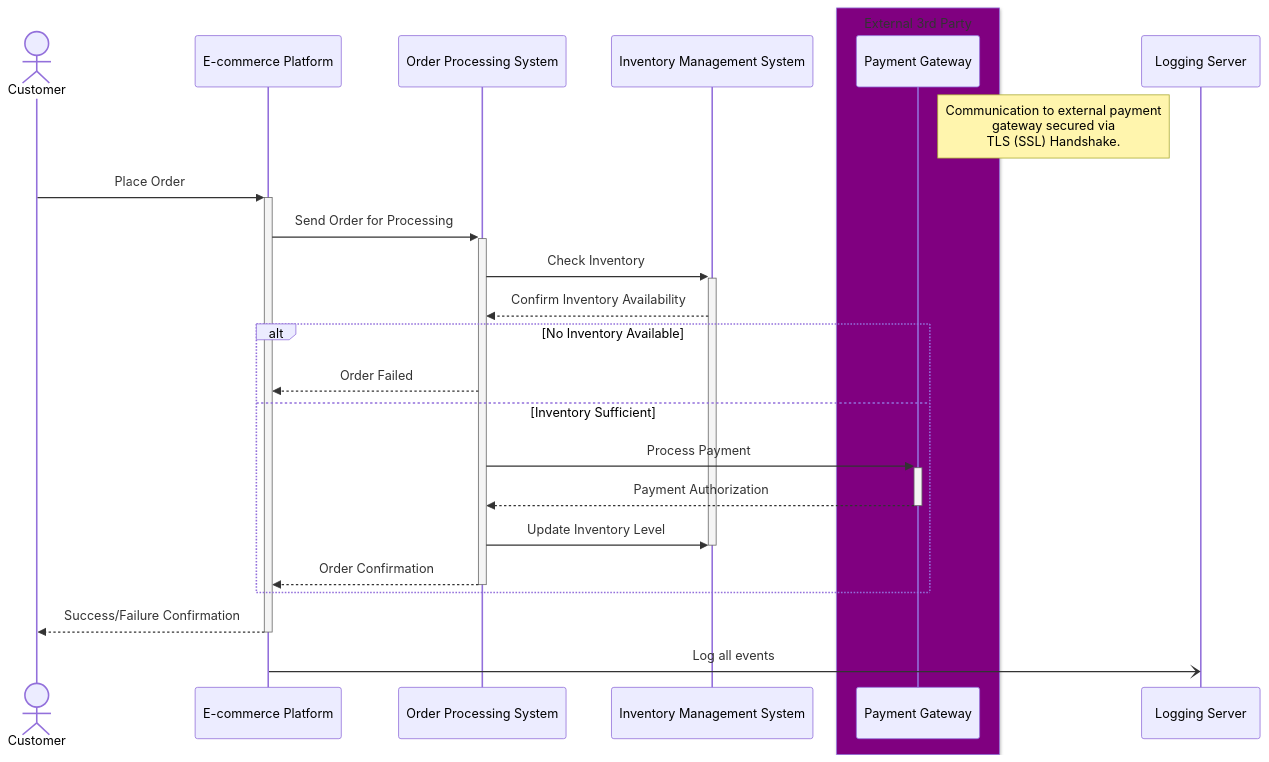
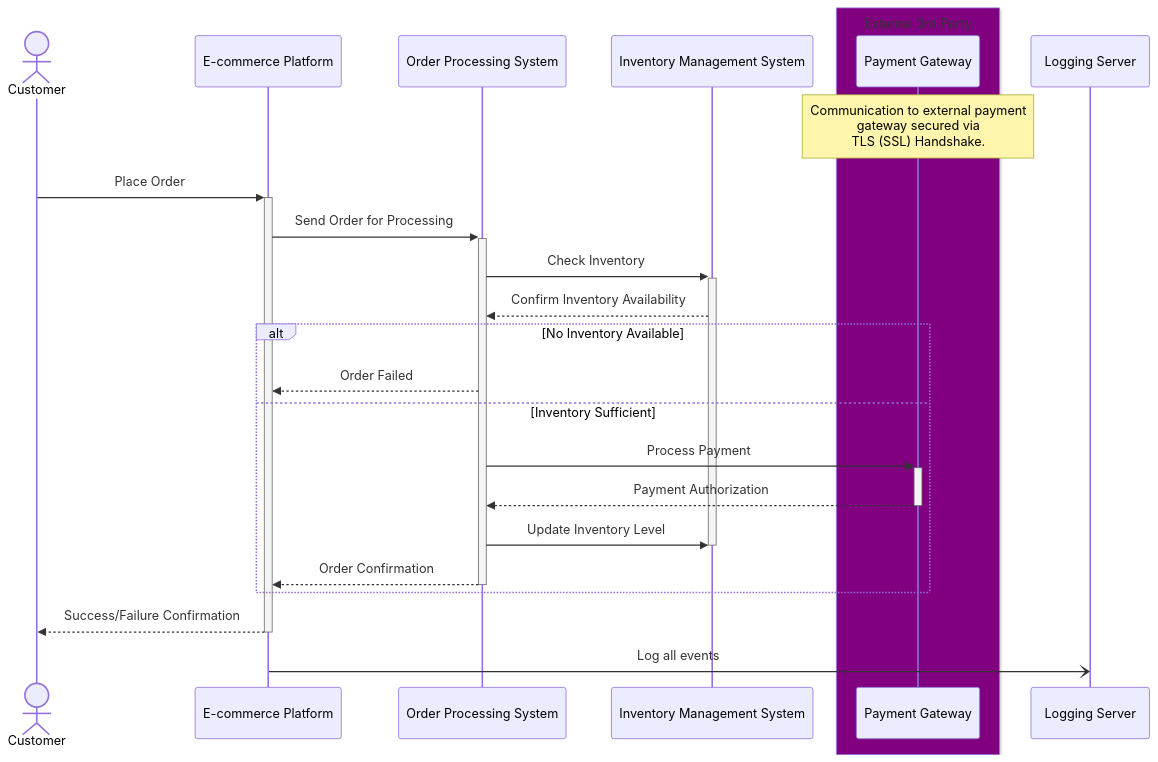
One commit to GShuttleworth/Mermaid-UML-Test changed the diagram in README.md. Above: the diagram before and after it, drawn with Mermaid.

Commit message:
Change note location

````diff
--- a/README.md
+++ b/README.md
@@ -5,28 +5,28 @@
 ```mermaid
 
 sequenceDiagram
     actor USER as Customer
     participant ECP as E-commerce Platform
     participant OPS as Order Processing System
     participant IMS as Inventory Management System
     box Purple External 3rd Party
     participant PG as Payment Gateway
     end
     participant LOG as Logging Server
-    Note right of PG: Communication to external payment<br/> gateway secured via <br/>TLS (SSL) Handshake.
+    Note over PG: Communication to external payment<br/> gateway secured via <br/>TLS (SSL) Handshake.
     USER->>+ECP: Place Order
     ECP->>+OPS: Send Order for Processing
     OPS->>+IMS: Check Inventory
     IMS-->>OPS: Confirm Inventory Availability
     alt No Inventory Available
         OPS-->>ECP: Order Failed
     else Inventory Sufficient
         OPS->>+PG: Process Payment
         PG-->>-OPS: Payment Authorization
         OPS->>IMS: Update Inventory Level
         deactivate IMS
         OPS-->>-ECP: Order Confirmation
     end
     ECP-->>-USER: Success/Failure Confirmation
     ECP-)LOG: Log all events
 ```
````
